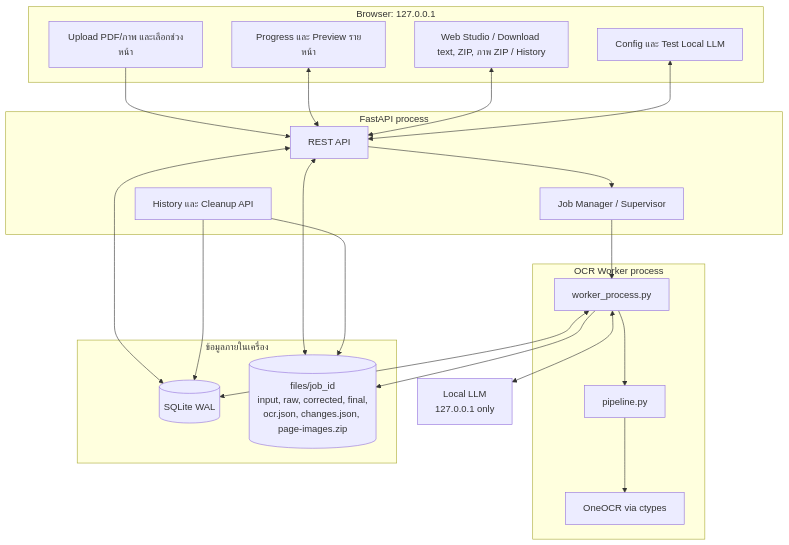
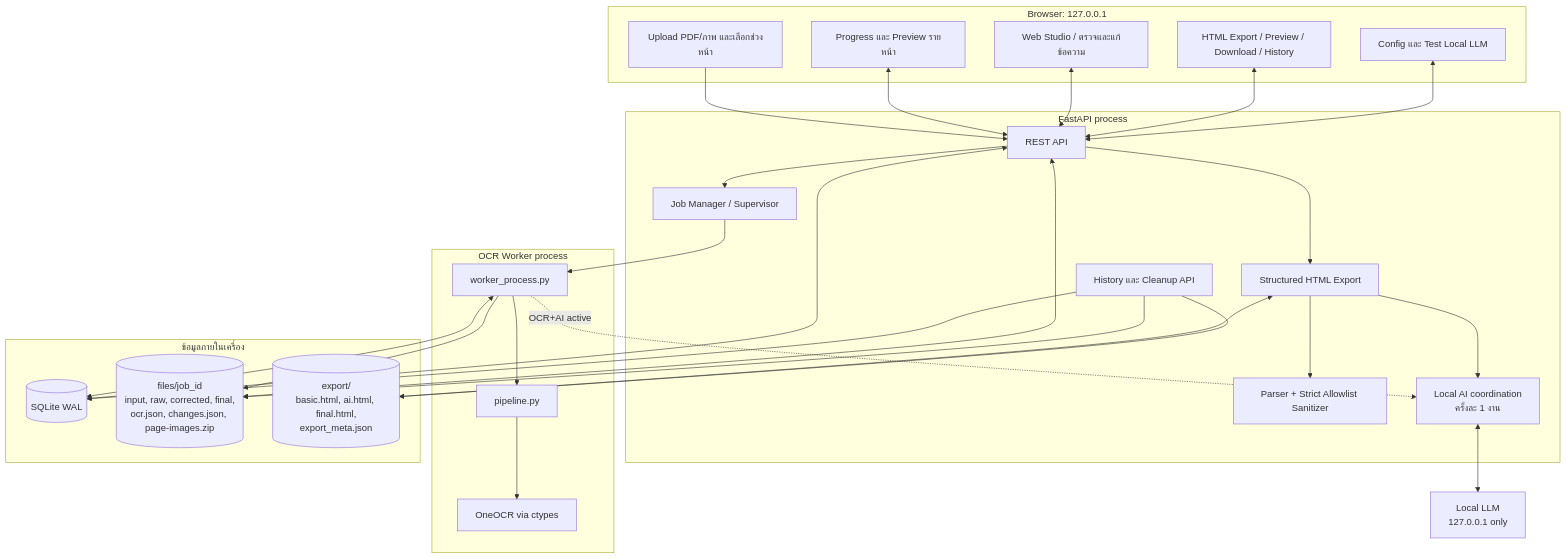
Before and after one commit to anuwatm/pdf-ocr-studio: the first of 5 diagrams in readme.md, drawn with Mermaid. The commit also changed other lines of this file and 9 other files, not shown here.

Commit message:
feat(phase7): update structured HTML export, offline font stack, and acceptance audit

````diff
--- a/readme.md
+++ b/readme.md
@@ -104,42 +105,54 @@
 ```mermaid
 flowchart TB
     subgraph Browser ["Browser: 127.0.0.1"]
         Upload["Upload PDF/ภาพ และเลือกช่วงหน้า"]
         Progress["Progress และ Preview รายหน้า"]
-        Studio["Web Studio / Download text, ZIP, ภาพ ZIP / History"]
+        Studio["Web Studio / ตรวจและแก้ข้อความ"]
+        HtmlStudio["HTML Export / Preview / Download / History"]
         Config["Config และ Test Local LLM"]
     end
 
     subgraph Server ["FastAPI process"]
         API["REST API"]
         Queue["Job Manager / Supervisor"]
+        HtmlExport["Structured HTML Export"]
+        Sanitizer["Parser + Strict Allowlist Sanitizer"]
+        AILock["Local AI coordination<br/>ครั้งละ 1 งาน"]
         Cleanup["History และ Cleanup API"]
     end
 
     subgraph Worker ["OCR Worker process"]
         Runner["worker_process.py"]
         Pipeline["pipeline.py"]
         OneOCR["OneOCR via ctypes"]
     end
 
     subgraph LocalData ["ข้อมูลภายในเครื่อง"]
         DB[("SQLite WAL")]
         Files[("files/job_id<br/>input, raw, corrected, final,<br/>ocr.json, changes.json, page-images.zip")]
+        ExportFiles[("export/<br/>basic.html, ai.html, final.html,<br/>export_meta.json")]
     end
 
     LLM["Local LLM<br/>127.0.0.1 only"]
 
     Upload --> API
     Progress <--> API
     Studio <--> API
+    HtmlStudio <--> API
     Config <--> API
     API <--> DB
     API <--> Files
+    API --> HtmlExport
+    HtmlExport --> Sanitizer
+    HtmlExport <--> ExportFiles
+    HtmlExport --> AILock
+    Runner -. "OCR+AI active" .-> AILock
+    AILock <--> LLM
     API --> Queue --> Runner
     Runner <--> DB
     Runner --> Pipeline --> OneOCR
     Runner --> Files
-    Runner <--> LLM
     Cleanup --> DB
     Cleanup --> Files
+    Cleanup --> ExportFiles
 ```
````
